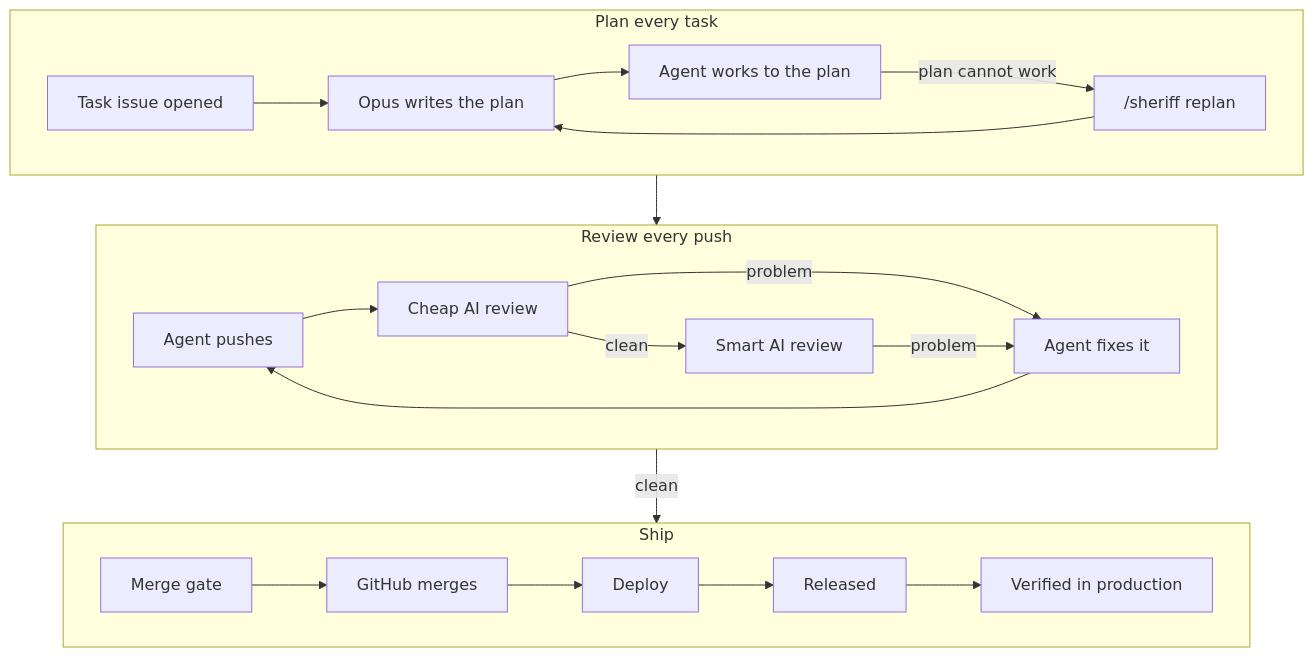
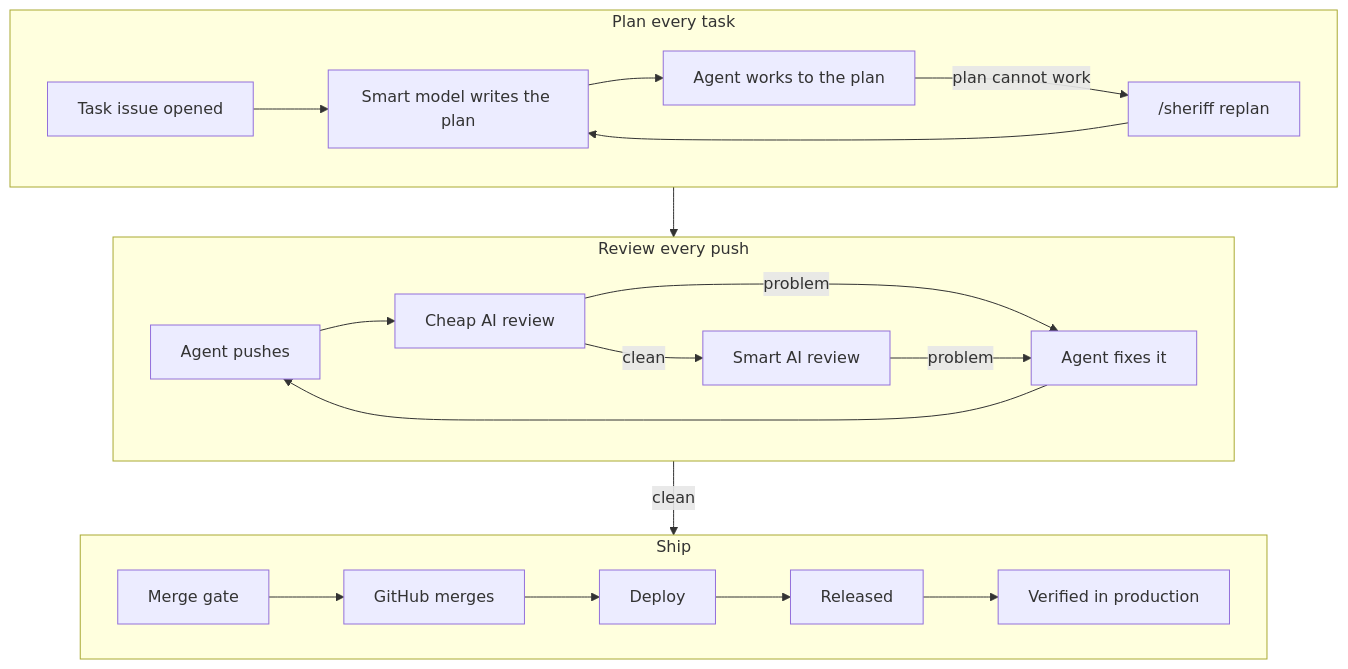
The diagram in README.md (nick-the-dev/gh-sheriff), drawn with Mermaid before and after one commit. The commit also changed other lines of this file, not shown here.

Commit message:
docs: say smart model instead of Opus; Opus is the default setting

````diff
--- a/README.md
+++ b/README.md
@@ -37,21 +37,21 @@
 ```mermaid
 flowchart TB
     subgraph PLAN["Plan every task"]
         direction LR
-        I["Task issue opened"] --> P["Opus writes the plan"] --> W["Agent works to the plan"]
+        I["Task issue opened"] --> P["Smart model writes the plan"] --> W["Agent works to the plan"]
         W -->|"plan cannot work"| R["/sheriff replan"] --> P
     end
     subgraph REVIEW["Review every push"]
         direction LR
         A["Agent pushes"] --> B["Cheap AI review"] -->|clean| C["Smart AI review"]
         B -->|problem| X["Agent fixes it"]
         C -->|problem| X
         X --> A
     end
     subgraph SHIP["Ship"]
         direction LR
         D["Merge gate"] --> E["GitHub merges"] --> F["Deploy"] --> G["Released"] --> H["Verified in production"]
     end
     PLAN --> REVIEW
     REVIEW -->|clean| SHIP
 ```
````
